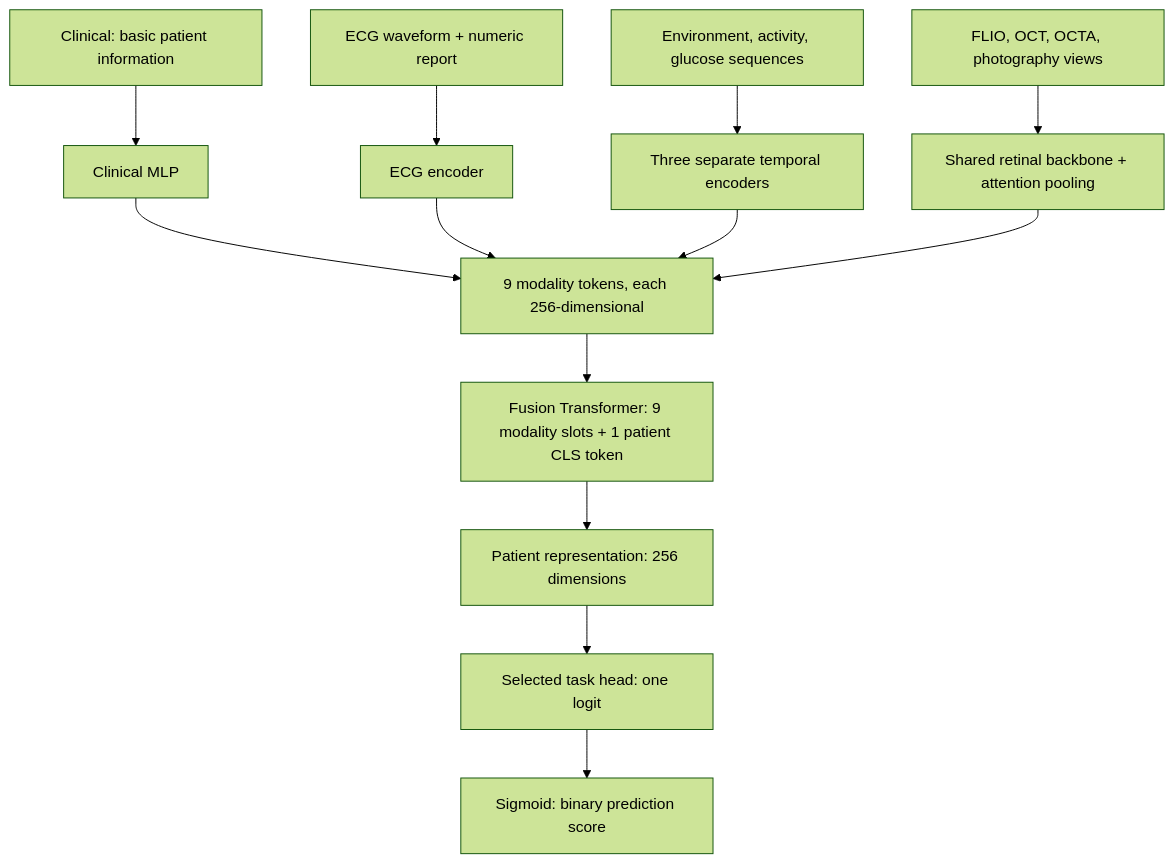
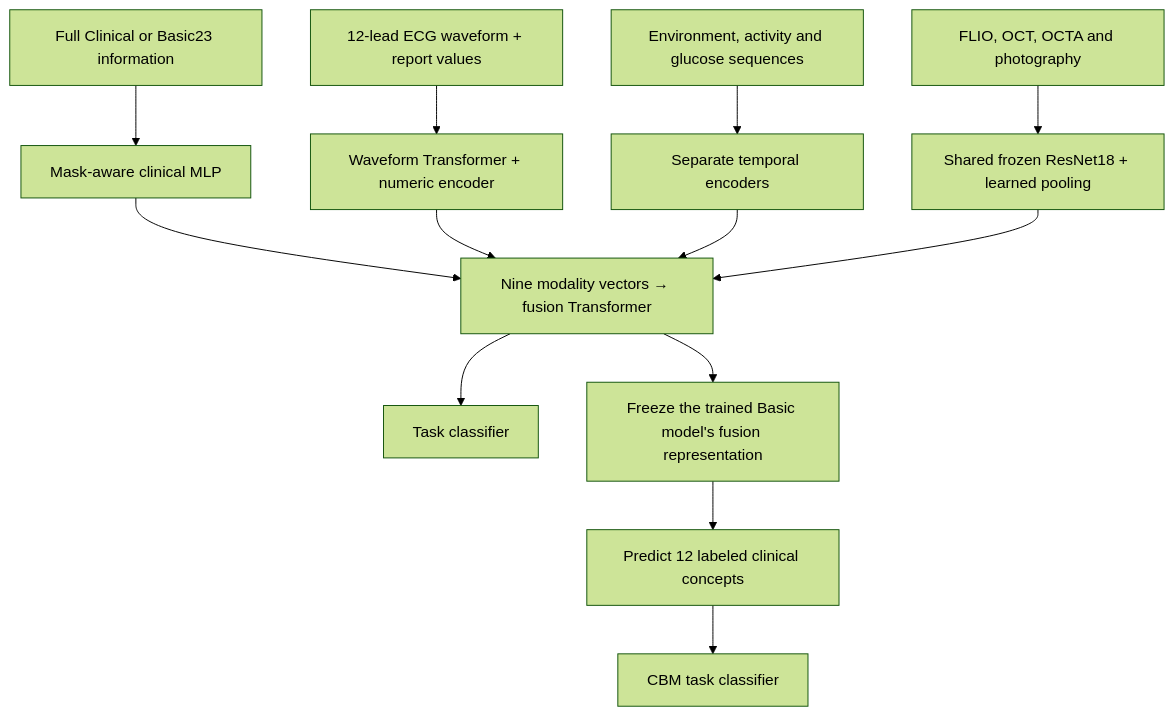
One commit to WingsYou/OT2 changed the diagram in README.md. Above: the diagram before and after it, drawn with Mermaid (forest theme). The commit also changed other lines of this file and 152 other files, not shown here.

Commit message:
Replace legacy experiments with consolidated six-task CBM pipeline

````diff
--- a/README.md
+++ b/README.md
@@ -26,15 +9,15 @@
 ```mermaid
 flowchart TD
-    C["Clinical: basic patient information"] --> CE["Clinical MLP"]
-    E["ECG waveform + numeric report"] --> EE["ECG encoder"]
-    L["Environment, activity, glucose sequences"] --> LE["Three separate temporal encoders"]
-    R["FLIO, OCT, OCTA, photography views"] --> RE["Shared retinal backbone + attention pooling"]
-    CE --> T["9 modality tokens, each 256-dimensional"]
-    EE --> T
-    LE --> T
-    RE --> T
-    T --> F["Fusion Transformer: 9 modality slots + 1 patient CLS token"]
-    F --> P["Patient representation: 256 dimensions"]
-    P --> H["Selected task head: one logit"]
-    H --> O["Sigmoid: binary prediction score"]
+    C["Full Clinical or Basic23 information"] --> CE["Mask-aware clinical MLP"]
+    E["12-lead ECG waveform + report values"] --> EE["Waveform Transformer + numeric encoder"]
+    T["Environment, activity and glucose sequences"] --> TE["Separate temporal encoders"]
+    R["FLIO, OCT, OCTA and photography"] --> RE["Shared frozen ResNet18 + learned pooling"]
+    CE --> F["Nine modality vectors → fusion Transformer"]
+    EE --> F
+    TE --> F
+    RE --> F
+    F --> H["Task classifier"]
+    F --> Z["Freeze the trained Basic model's fusion representation"]
+    Z --> CB["Predict 12 labeled clinical concepts"]
+    CB --> CH["CBM task classifier"]
 ```
````
